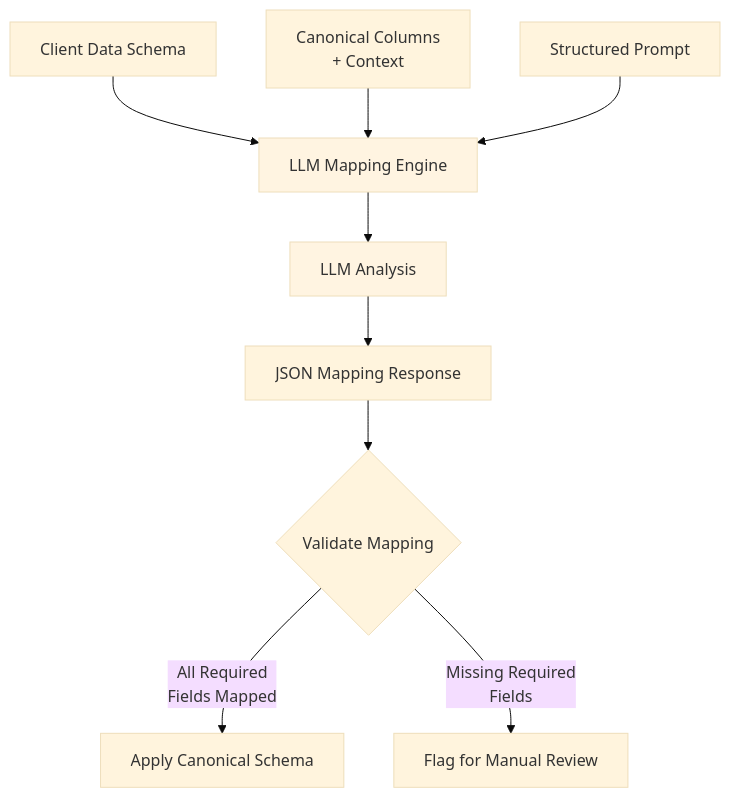
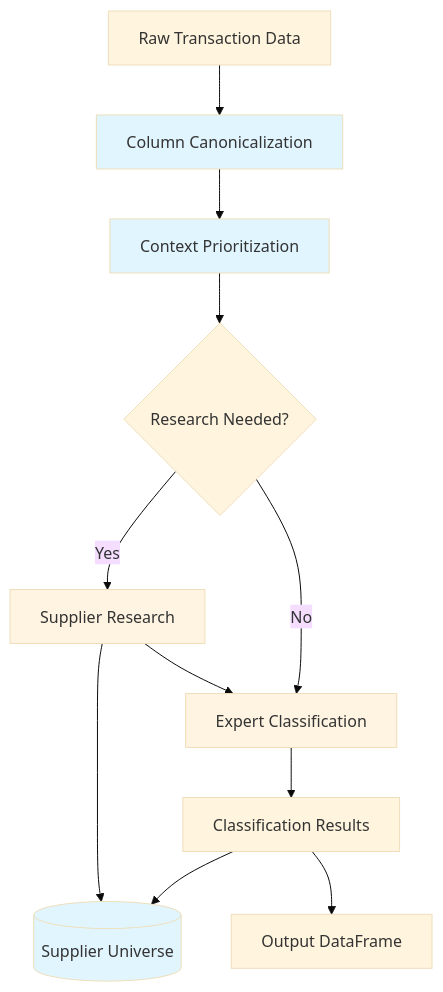
One commit to prince1823/colab91-ap-agent changed the first of 11 diagrams in docs/architecture.md. Above: the diagram before and after it, drawn with Mermaid (base theme). The commit also changed other lines of this file and 1 other file, not shown here.

````diff
--- a/docs/architecture.md
+++ b/docs/architecture.md
@@ -89,16 +11,19 @@
 ```mermaid
-flowchart TD
-    A[Client Data Schema] --> D[LLM Mapping Engine]
-    B[Canonical Columns<br/>+ Context] --> D
-    C[Structured Prompt] --> D
+graph TB
+    A[Raw Transaction Data] --> B[Column Canonicalization]
+    B --> C[Context Prioritization]
+    C --> D{Research Needed?}
+    D -->|Yes| E[Supplier Research]
+    D -->|No| F[Expert Classification]
+    E --> H[(Supplier Universe)]
+    E --> F
+    F --> G[Classification Results]
+    G --> H
+    G --> I[Output DataFrame]
     
-    D --> E[LLM Analysis]
-    E --> F[JSON Mapping Response]
-    
-    F --> G{Validate Mapping}
-    G -->|All Required<br/>Fields Mapped| H[Apply Canonical Schema]
-    G -->|Missing Required<br/>Fields| I[Flag for Manual Review]
-    
-    style D fill:#fff4e1
+    style B fill:#e1f5ff
+    style C fill:#e1f5ff
     style E fill:#fff4e1
+    style F fill:#fff4e1
+    style H fill:#e1f5ff
 ```
````
